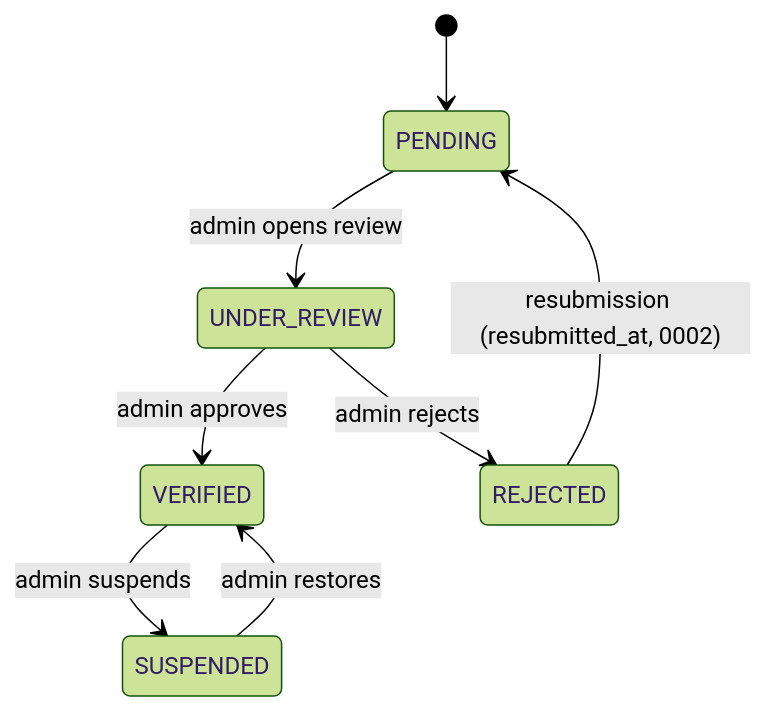
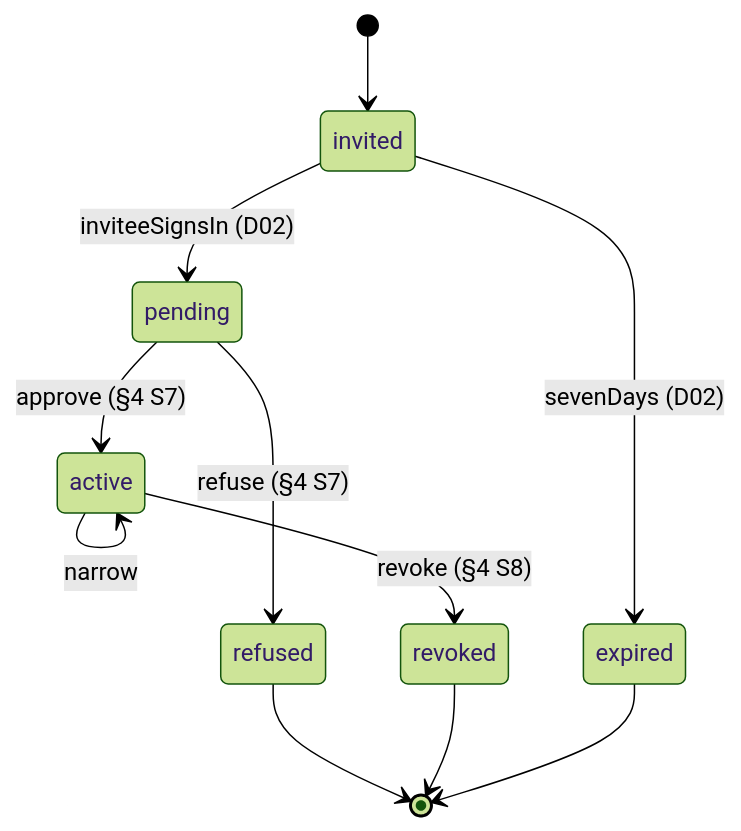
The fifth of 10 diagrams in docs/knowledge-base/05-state-machines.md (alinasser21001b-blip/adlytic), drawn with Mermaid (forest theme) before and after one commit. The commit also changed other lines of this file and 23 other files, not shown here.

````diff
--- a/docs/knowledge-base/05-state-machines.md
+++ b/docs/knowledge-base/05-state-machines.md
@@ -82,10 +269,13 @@
 ```mermaid
 stateDiagram-v2
-  [*] --> PENDING
-  PENDING --> UNDER_REVIEW: admin opens review
-  UNDER_REVIEW --> VERIFIED: admin approves
-  UNDER_REVIEW --> REJECTED: admin rejects
-  REJECTED --> PENDING: resubmission (resubmitted_at, 0002)
-  VERIFIED --> SUSPENDED: admin suspends
-  SUSPENDED --> VERIFIED: admin restores
+  [*] --> invited
+  invited --> pending: inviteeSignsIn (D02)
+  invited --> expired: sevenDays (D02)
+  pending --> active: approve (§4 S7)
+  pending --> refused: refuse (§4 S7)
+  active --> active: narrow
+  active --> revoked: revoke (§4 S8)
+  refused --> [*]
+  revoked --> [*]
+  expired --> [*]
 ```
````
